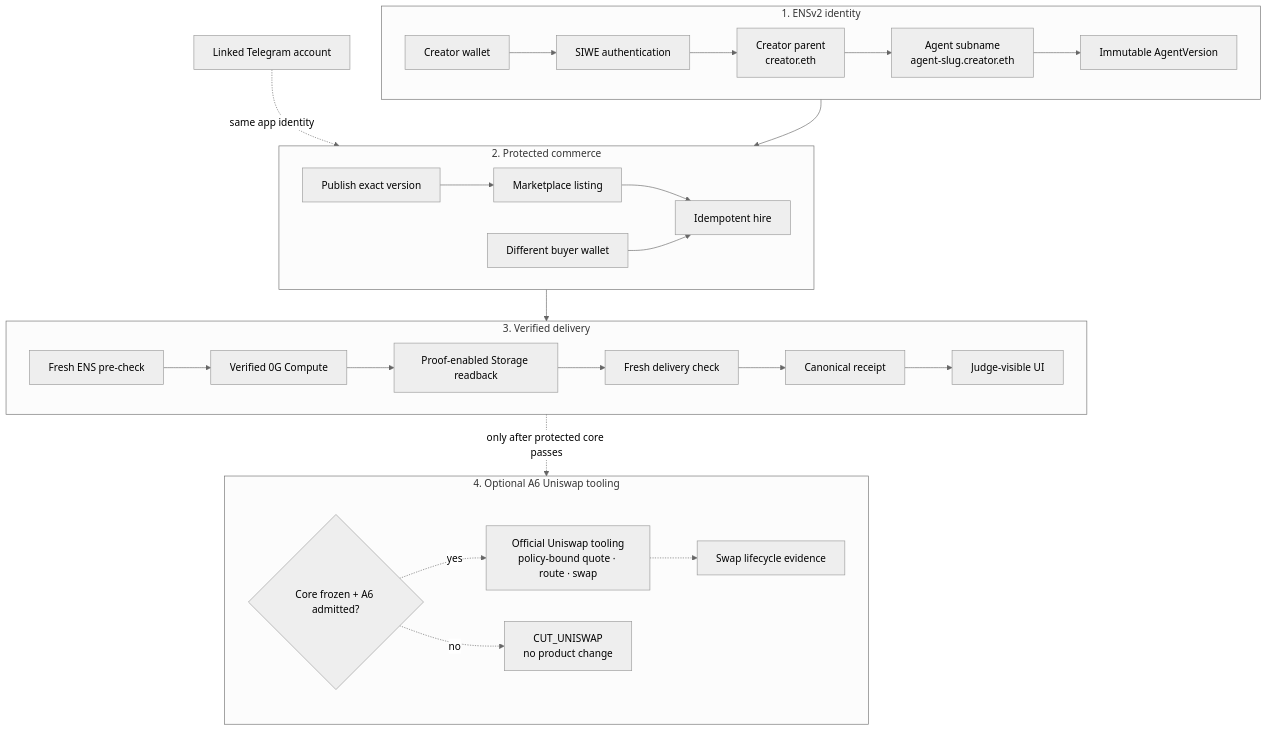
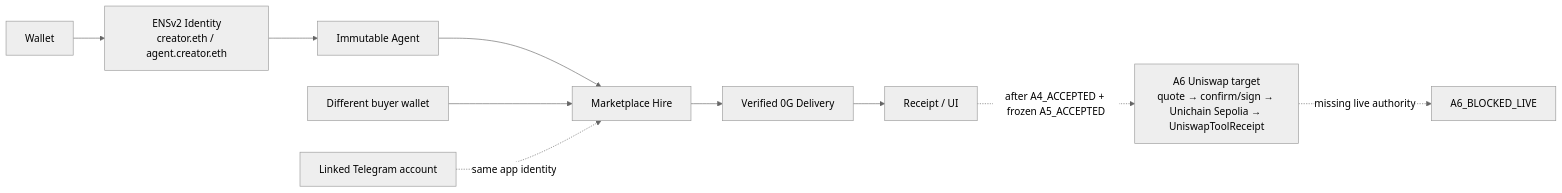
Before and after one commit to elbarroca/ETH_Global_Cannes_2026: the diagram in README.md, drawn with Mermaid (neutral theme). The commit also changed other lines of this file and 12 other files, not shown here.

Commit message:
docs: require bounded A6 swap tooling

````diff
--- a/README.md
+++ b/README.md
@@ -47,40 +47,14 @@
 ```mermaid
-flowchart TB
-    subgraph Identity["1. ENSv2 identity"]
-        direction LR
-        Creator["Creator wallet"] --> SIWE["SIWE authentication"]
-        SIWE --> Parent["Creator parent<br/>creator.eth"]
-        Parent --> Agent["Agent subname<br/>agent-slug.creator.eth"]
-        Agent --> Version["Immutable AgentVersion"]
-    end
+flowchart LR
+    Wallet["Wallet"] --> Identity["ENSv2 Identity<br/>creator.eth / agent.creator.eth"]
+    Identity --> Agent["Immutable Agent"]
+    Agent --> Hire["Marketplace Hire"]
+    Hire --> Delivery["Verified 0G Delivery"]
+    Delivery --> Result["Receipt / UI"]
 
-    subgraph Commerce["2. Protected commerce"]
-        direction LR
-        Publish["Publish exact version"] --> Market["Marketplace listing"]
-        Market --> Hire["Idempotent hire"]
-        Buyer["Different buyer wallet"] --> Hire
-    end
-
-    subgraph Delivery["3. Verified delivery"]
-        direction LR
-        PreENS["Fresh ENS pre-check"] --> Compute["Verified 0G Compute"]
-        Compute --> Storage["Proof-enabled Storage readback"]
-        Storage --> PostENS["Fresh delivery check"]
-        PostENS --> Receipt["Canonical receipt"]
-        Receipt --> UI["Judge-visible UI"]
-    end
-
-    Version --> Publish
-    Hire --> PreENS
+    Buyer["Different buyer wallet"] --> Hire
     Telegram["Linked Telegram account"] -. "same app identity" .-> Hire
 
-    subgraph Optional["4. Optional A6 Uniswap tooling"]
-        direction LR
-        Gate{"Core frozen + A6 admitted?"}
-        Gate -. "yes" .-> Swap["Official Uniswap tooling<br/>policy-bound quote · route · swap"]
-        Swap -.-> SwapProof["Swap lifecycle evidence"]
-        Gate -. "no" .-> Cut["CUT_UNISWAP<br/>no product change"]
-    end
-
-    Receipt -. "only after protected core passes" .-> Gate
+    Result -. "after A4_ACCEPTED + frozen A5_ACCEPTED" .-> Swap["A6 Uniswap target<br/>quote → confirm/sign → Unichain Sepolia → UniswapToolReceipt"]
+    Swap -. "missing live authority" .-> Blocked["A6_BLOCKED_LIVE"]
 ```
````
